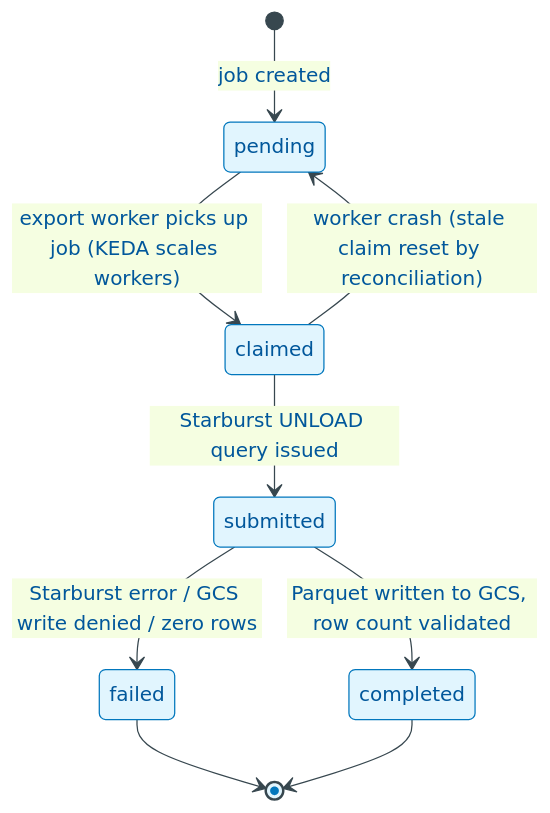
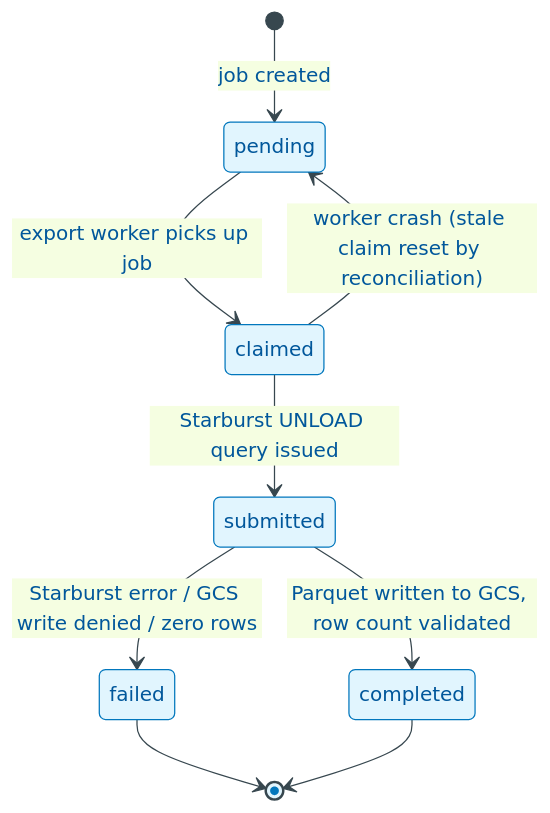
Before and after one commit to b4uharsha/newgraph: the fifth of 5 diagrams in documentation/src/content/docs/operations/troubleshooting-runbook.md, drawn with Mermaid. The commit also changed other lines of this file and 88 other files, not shown here.

````diff
--- a/documentation/src/content/docs/operations/troubleshooting-runbook.md
+++ b/documentation/src/content/docs/operations/troubleshooting-runbook.md
@@ -617,18 +596,18 @@
 ```mermaid
 %%{init: {"theme": "base", "themeVariables": {"primaryColor": "#E1F5FE", "primaryTextColor": "#01579B", "primaryBorderColor": "#0277BD", "lineColor": "#37474F"}}}%%
 stateDiagram-v2
     accTitle: Export Job Lifecycle
     accDescr: State transitions for export jobs from creation through Starburst query execution to completion
 
     [*] --> pending : job created
 
-    pending --> claimed : export worker picks up job (KEDA scales workers)
+    pending --> claimed : export worker picks up job
     claimed --> submitted : Starburst UNLOAD query issued
     submitted --> completed : Parquet written to GCS, row count validated
     submitted --> failed : Starburst error / GCS write denied / zero rows
 
     claimed --> pending : worker crash (stale claim reset by reconciliation)
 
     failed --> [*]
     completed --> [*]
 ```
````
